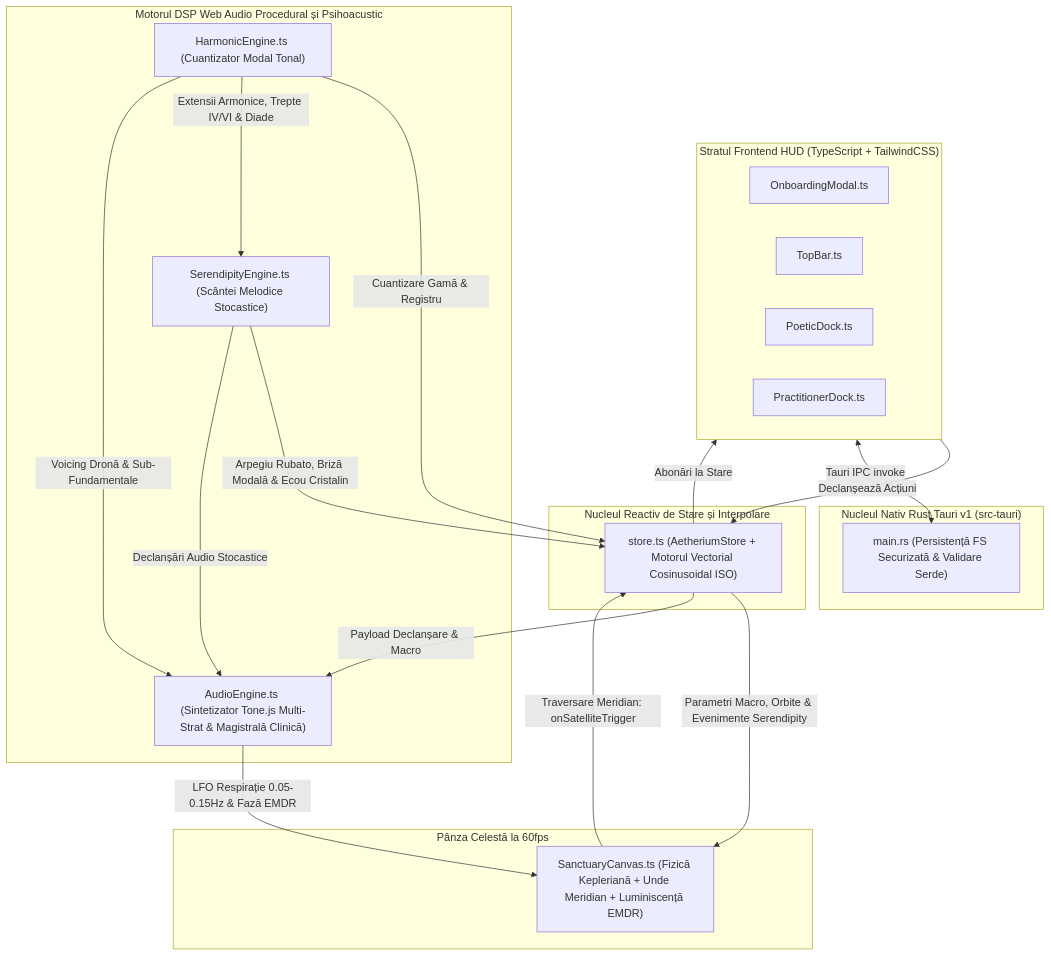
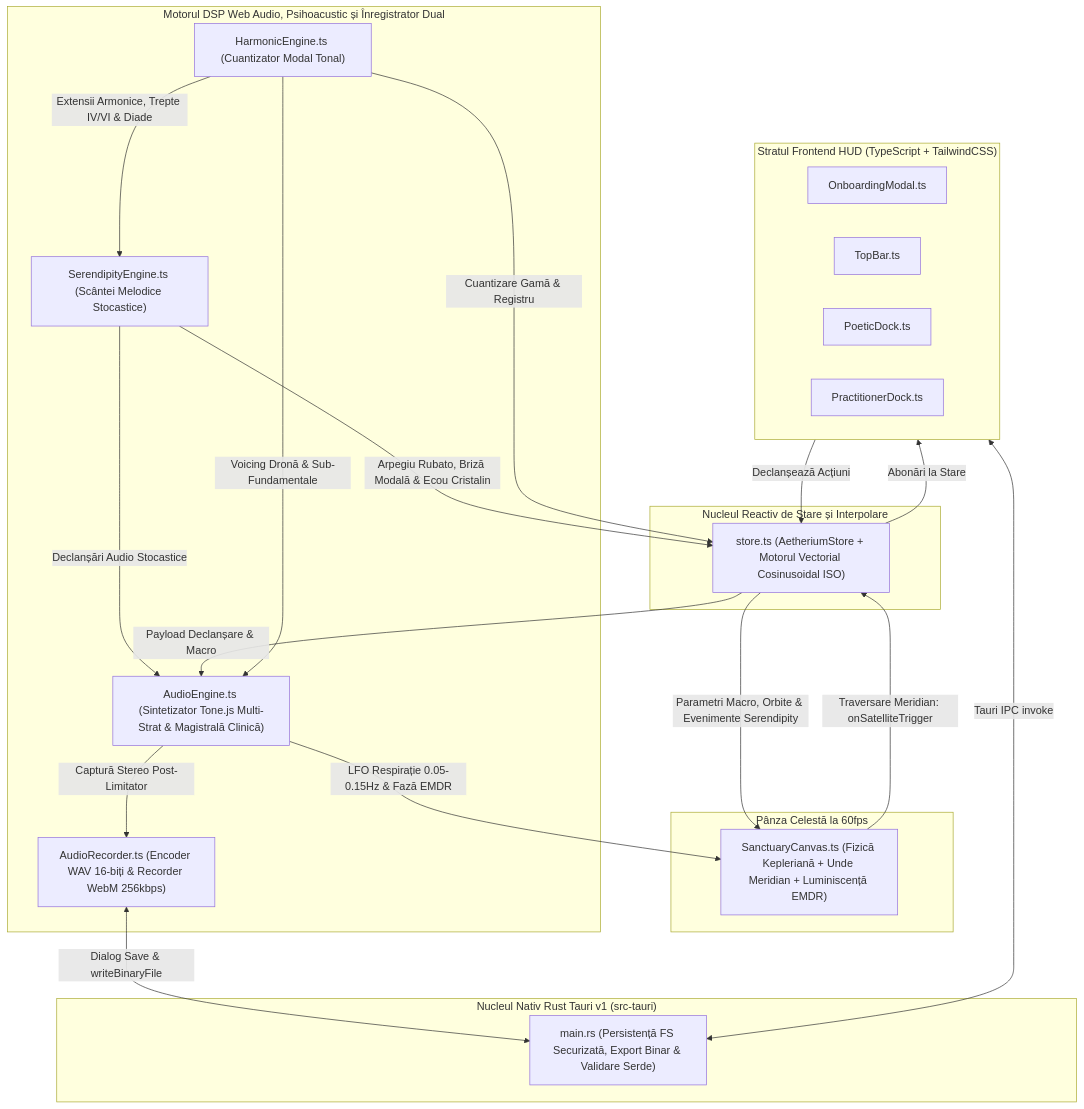
The first of 2 diagrams in README.ro.md (voidwave-lab/Aetherium), drawn with Mermaid before and after one commit. The commit also changed other lines of this file and 9 other files, not shown here.

Commit message:
feat(recorder): add studio WAV & compact WebM audio recorder, clinical take-home anchor & docs

````diff
--- a/README.ro.md
+++ b/README.ro.md
@@ -124,40 +132,43 @@
 ```mermaid
 flowchart TD
     subgraph UI["Stratul Frontend HUD (TypeScript + TailwindCSS)"]
         OM["OnboardingModal.ts"]
         TB["TopBar.ts"]
         PD["PoeticDock.ts"]
         PRD["PractitionerDock.ts"]
     end
 
     subgraph STATE["Nucleul Reactiv de Stare și Interpolare"]
         ST["store.ts (AetheriumStore + Motorul Vectorial Cosinusoidal ISO)"]
     end
 
     subgraph VISUAL["Pânza Celestă la 60fps"]
         SC["SanctuaryCanvas.ts (Fizică Kepleriană + Unde Meridian + Luminiscență EMDR)"]
     end
 
-    subgraph AUDIO["Motorul DSP Web Audio Procedural și Psihoacustic"]
+    subgraph AUDIO["Motorul DSP Web Audio, Psihoacustic și Înregistrator Dual"]
         HE["HarmonicEngine.ts (Cuantizator Modal Tonal)"]
         SE["SerendipityEngine.ts (Scântei Melodice Stocastice)"]
         AE["AudioEngine.ts (Sintetizator Tone.js Multi-Strat & Magistrală Clinică)"]
+        AR["AudioRecorder.ts (Encoder WAV 16-biți & Recorder WebM 256kbps)"]
     end
 
     subgraph NATIVE["Nucleul Nativ Rust Tauri v1 (src-tauri)"]
-        RS["main.rs (Persistență FS Securizată & Validare Serde)"]
+        RS["main.rs (Persistență FS Securizată, Export Binar & Validare Serde)"]
     end
 
     UI -->|Declanșează Acțiuni| ST
     ST -->|Abonări la Stare| UI
     ST -->|Parametri Macro, Orbite & Evenimente Serendipity| SC
     SC -->|Traversare Meridian: onSatelliteTrigger| ST
     SE -->|Arpegiu Rubato, Briză Modală & Ecou Cristalin| ST
     SE -->|Declanșări Audio Stocastice| AE
     ST -->|Payload Declanșare & Macro| AE
     HE -->|Cuantizare Gamă & Registru| ST
     HE -->|Extensii Armonice, Trepte IV/VI & Diade| SE
     HE -->|Voicing Dronă & Sub-Fundamentale| AE
     AE -->|LFO Respirație 0.05-0.15Hz & Fază EMDR| SC
+    AE -->|Captură Stereo Post-Limitator| AR
+    AR <-->|Dialog Save & writeBinaryFile| RS
     UI <-->|Tauri IPC invoke| RS
 ```
````
